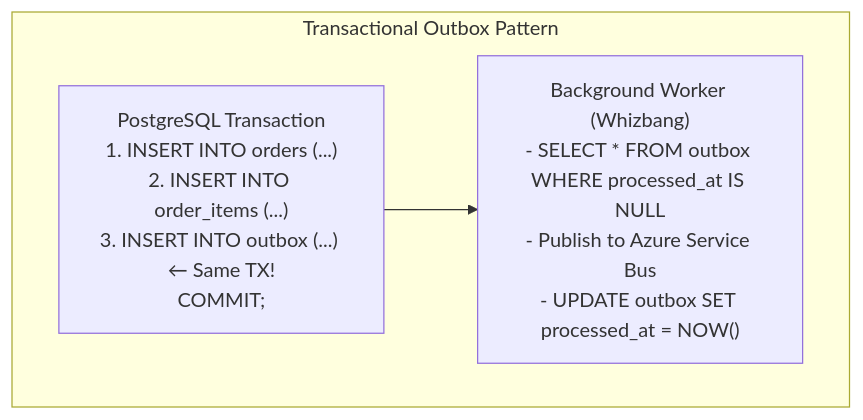
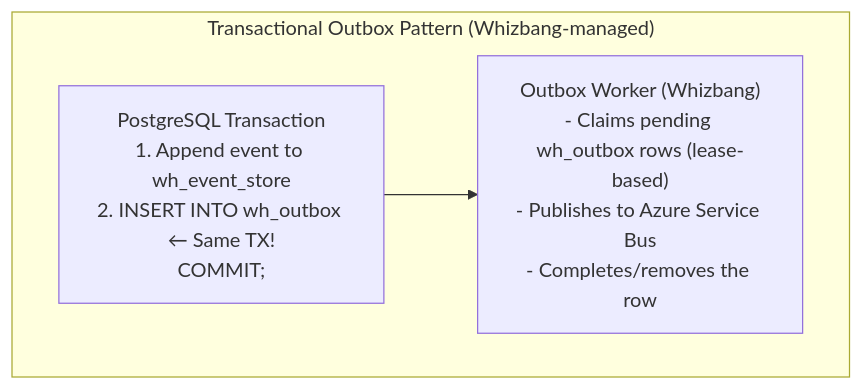
Before and after one commit to whizbang-lib/whizbang-lib.github.io: the second of 2 diagrams in src/assets/docs/v1.0.0/learn/tutorial/order-management.md, drawn with Mermaid. The commit also changed other lines of this file and 48 other files, not shown here.

````diff
--- a/src/assets/docs/v1.0.0/learn/tutorial/order-management.md
+++ b/src/assets/docs/v1.0.0/learn/tutorial/order-management.md
@@ -654,12 +524,12 @@
 ```mermaid
 flowchart TD
-    subgraph TOP["Transactional Outbox Pattern"]
-        TX["PostgreSQL Transaction<br/>1. INSERT INTO orders (...)<br/>2. INSERT INTO order_items (...)<br/>3. INSERT INTO outbox (...) ← Same TX!<br/>COMMIT;"]
-        Worker["Background Worker (Whizbang)<br/>- SELECT * FROM outbox WHERE processed_at IS NULL<br/>- Publish to Azure Service Bus<br/>- UPDATE outbox SET processed_at = NOW()"]
+    subgraph TOP["Transactional Outbox Pattern (Whizbang-managed)"]
+        TX["PostgreSQL Transaction<br/>1. Append event to wh_event_store<br/>2. INSERT INTO wh_outbox ← Same TX!<br/>COMMIT;"]
+        Worker["Outbox Worker (Whizbang)<br/>- Claims pending wh_outbox rows (lease-based)<br/>- Publishes to Azure Service Bus<br/>- Completes/removes the row"]
 
         TX --> Worker
     end
 
     class TX layer-event
     class Worker layer-command
 ```
````
